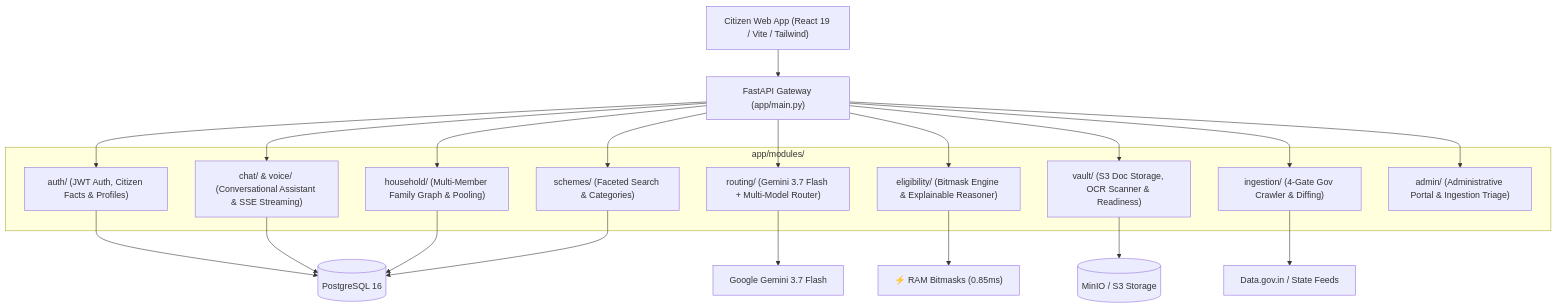
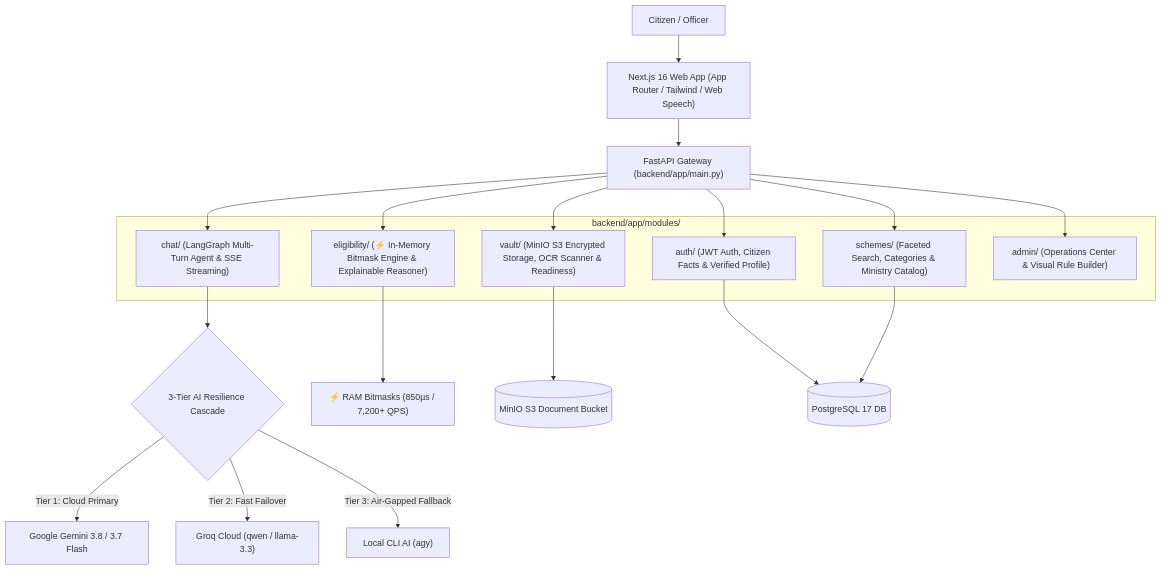
Before and after one commit to addynoven/scheme-backend: the diagram in README.md, drawn with Mermaid. The commit also changed other lines of this file and 579 other files, not shown here.

````diff
--- a/README.md
+++ b/README.md
@@ -46,35 +30,31 @@
 ```mermaid
 graph TD
-    Client["Citizen Web App (React 19 / Vite / Tailwind)"] --> Gateway["FastAPI Gateway (app/main.py)"]
+    User["Citizen / Officer"] --> Web["Next.js 16 Web App (App Router / Tailwind / Web Speech)"]
+    Web --> Gateway["FastAPI Gateway (backend/app/main.py)"]
     
-    subgraph Feature Modules ["app/modules/"]
-        Chat["chat/ & voice/ (Conversational Assistant & SSE Streaming)"]
-        Routing["routing/ (Gemini 3.7 Flash + Multi-Model Router)"]
-        Auth["auth/ (JWT Auth, Citizen Facts & Profiles)"]
-        Household["household/ (Multi-Member Family Graph & Pooling)"]
-        Schemes["schemes/ (Faceted Search & Categories)"]
-        Elig["eligibility/ (Bitmask Engine & Explainable Reasoner)"]
-        Vault["vault/ (S3 Doc Storage, OCR Scanner & Readiness)"]
-        Ingest["ingestion/ (4-Gate Gov Crawler & Diffing)"]
-        Admin["admin/ (Administrative Portal & Ingestion Triage)"]
+    subgraph Core Modules ["backend/app/modules/"]
+        Chat["chat/ (LangGraph Multi-Turn Agent & SSE Streaming)"]
+        Auth["auth/ (JWT Auth, Citizen Facts & Verified Profile)"]
+        Schemes["schemes/ (Faceted Search, Categories & Ministry Catalog)"]
+        Elig["eligibility/ (⚡ In-Memory Bitmask Engine & Explainable Reasoner)"]
+        Vault["vault/ (MinIO S3 Encrypted Storage, OCR Scanner & Readiness)"]
+        Admin["admin/ (Operations Center & Visual Rule Builder)"]
     end
     
     Gateway --> Chat
-    Gateway --> Routing
     Gateway --> Auth
-    Gateway --> Household
     Gateway --> Schemes
     Gateway --> Elig
     Gateway --> Vault
-    Gateway --> Ingest
     Gateway --> Admin
     
-    Auth --> PostgreSQL[("PostgreSQL 16")]
-    Chat --> PostgreSQL
-    Household --> PostgreSQL
-    Schemes --> PostgreSQL
-    Elig --> BitmaskRAM["⚡ RAM Bitmasks (0.85ms)"]
-    Vault --> MinIO[("MinIO / S3 Storage")]
-    Routing --> GeminiAPI["Google Gemini 3.7 Flash"]
-    Ingest --> GovData["Data.gov.in / State Feeds"]
+    Chat --> Cascade{"3-Tier AI Resilience Cascade"}
+    Cascade -->|Tier 1: Cloud Primary| Gemini["Google Gemini 3.8 / 3.7 Flash"]
+    Cascade -->|Tier 2: Fast Failover| Groq["Groq Cloud (qwen / llama-3.3)"]
+    Cascade -->|Tier 3: Air-Gapped Fallback| LocalCLI["Local CLI AI (agy)"]
+    
+    Elig --> RAM["⚡ RAM Bitmasks (850µs / 7,200+ QPS)"]
+    Vault --> MinIO[("MinIO S3 Document Bucket")]
+    Auth --> Postgres[("PostgreSQL 17 DB")]
+    Schemes --> Postgres
 ```
````
